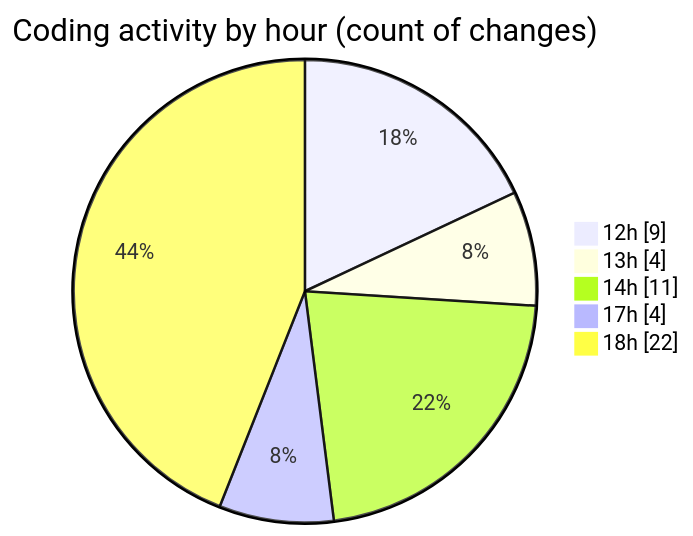
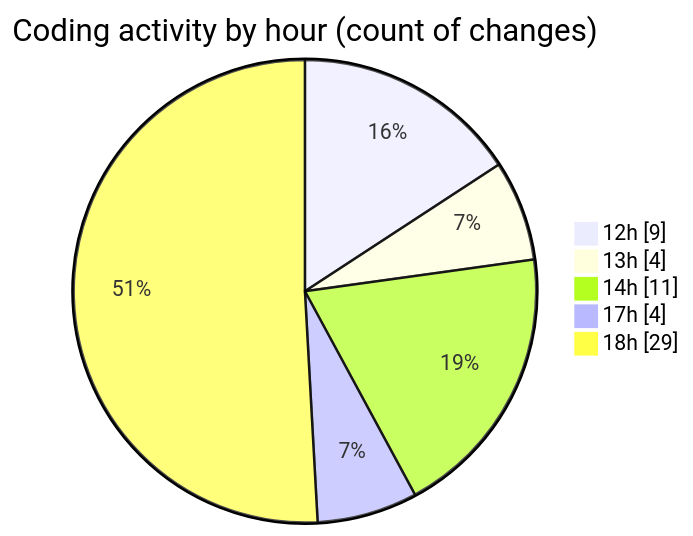
The second of 2 diagrams in 2025-06-11/cda/README.md (momahboobian/code-tracking), drawn with Mermaid before and after one commit. The commit also changed other lines of this file and 1 other file, not shown here.

````diff
--- a/2025-06-11/cda/README.md
+++ b/2025-06-11/cda/README.md
@@ -40,9 +40,9 @@
 ```mermaid
 pie showData
 title Coding activity by hour (count of changes)
 "12h" : 9
 "13h" : 4
 "14h" : 11
 "17h" : 4
-"18h" : 22
+"18h" : 29
 ```
````
